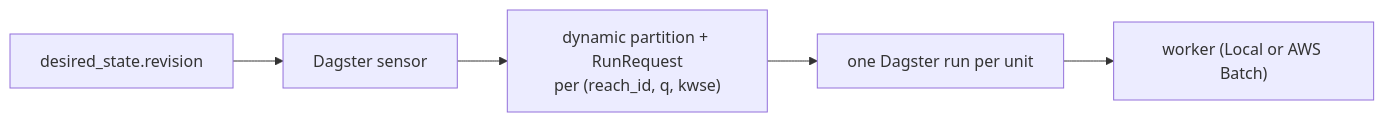
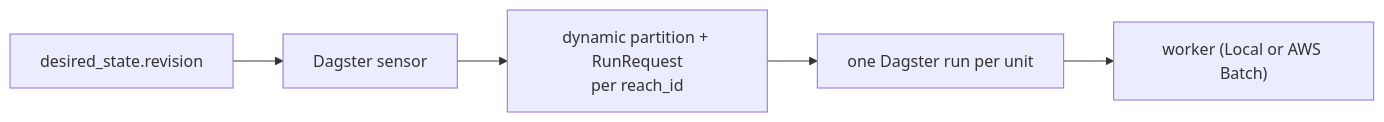
One commit to NGWPC/twod-fim-knowledge-base changed the first of 2 diagrams in system-design/execution-and-scaling.md. Above: the diagram before and after it, drawn with Mermaid. The commit also changed other lines of this file, not shown here.

````diff
--- a/system-design/execution-and-scaling.md
+++ b/system-design/execution-and-scaling.md
@@ -13,7 +17,7 @@
 ```mermaid
 flowchart LR
     DS["desired_state.revision"] --> Sensor["Dagster sensor"]
-    Sensor --> Part["dynamic partition + RunRequest<br/>per (reach_id, q, kwse)"]
+    Sensor --> Part["dynamic partition + RunRequest<br/>per reach_id"]
     Part --> Run["one Dagster run per unit"]
     Run --> W["worker (Local or AWS Batch)"]
 ```
````
